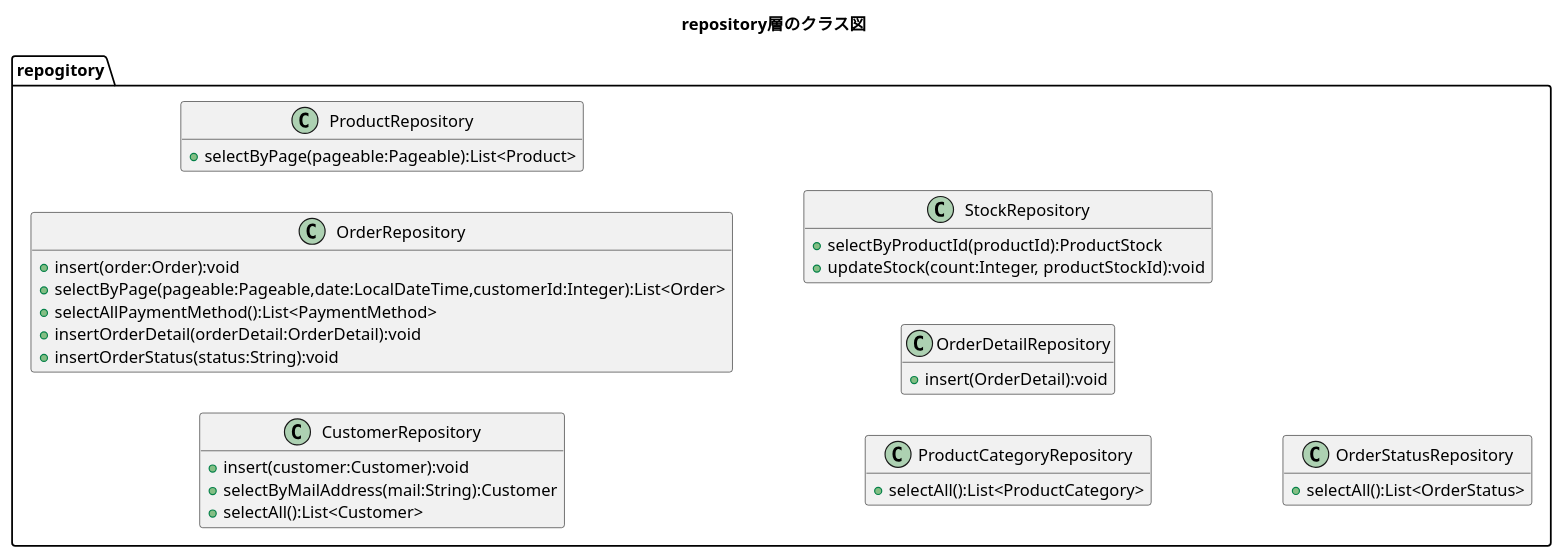
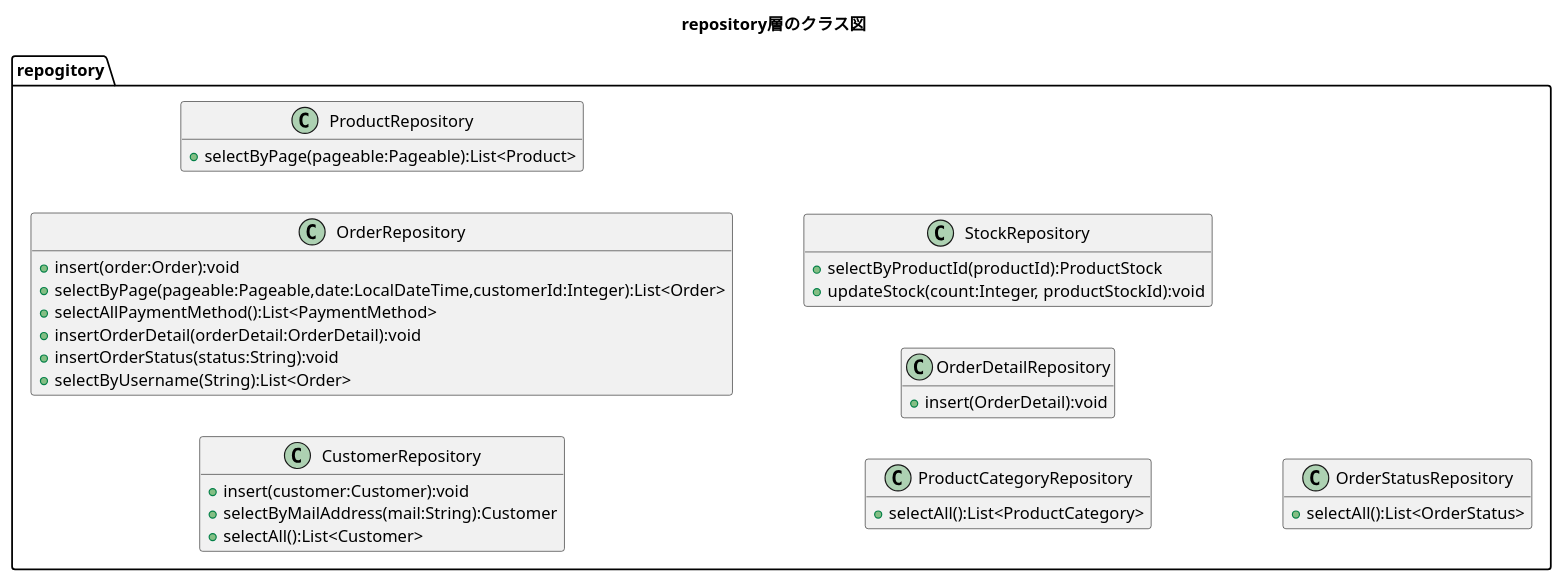
One commit to kanavii3333/ec-b changed the diagram in plan/uml/class/front-end/repository.plantuml. Above: the diagram before and after it, drawn with PlantUML.

Commit message:
メソッド追加

```diff
--- a/plan/uml/class/front-end/repository.plantuml
+++ b/plan/uml/class/front-end/repository.plantuml
@@ -1,42 +1,43 @@
 @startuml
 title repository層のクラス図
 hide empty members
 left to right direction
 
 package repogitory{
 class CustomerRepository{
         +insert(customer:Customer):void
         +selectByMailAddress(mail:String):Customer
         +selectAll():List<Customer>
     }
 
     class OrderRepository{
         +insert(order:Order):void
         +selectByPage(pageable:Pageable,date:LocalDateTime,customerId:Integer):List<Order>
         +selectAllPaymentMethod():List<PaymentMethod>
         +insertOrderDetail(orderDetail:OrderDetail):void
         +insertOrderStatus(status:String):void
+        +selectByUsername(String):List<Order>
     }
 
     class ProductRepository{
         +selectByPage(pageable:Pageable):List<Product>
     }
 
     class ProductCategoryRepository{
         +selectAll():List<ProductCategory>
     }
 
     class OrderDetailRepository{
         +insert(OrderDetail):void
     }
     
     class StockRepository{
         +selectByProductId(productId):ProductStock
         +updateStock(count:Integer, productStockId):void
     }
 
     class OrderStatusRepository{
         +selectAll():List<OrderStatus>
     }
 }
 @enduml
```
